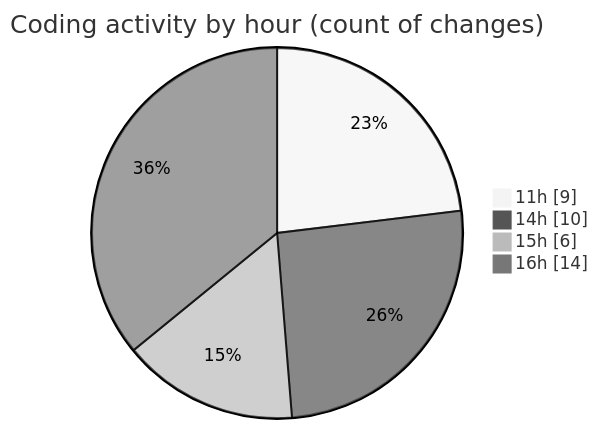
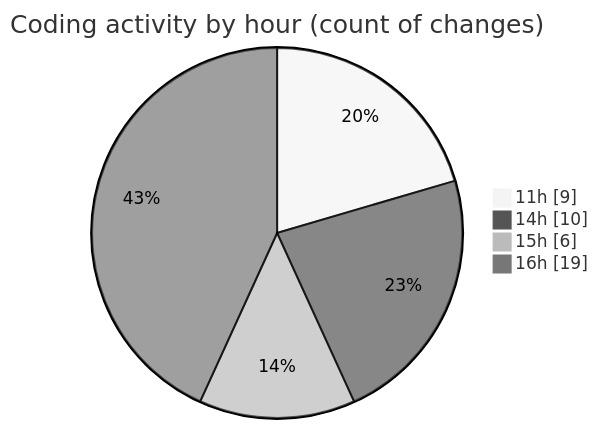
Before and after one commit to julien-gomy/code-tracking: the second of 2 diagrams in 2025-11-15/usr_aleoudev_fr__workspace_/README.md, drawn with Mermaid (neutral theme). The commit also changed other lines of this file and 1 other file, not shown here.

````diff
--- a/2025-11-15/usr_aleoudev_fr__workspace_/README.md
+++ b/2025-11-15/usr_aleoudev_fr__workspace_/README.md
@@ -37,8 +37,8 @@
 ```mermaid
 pie showData
 title Coding activity by hour (count of changes)
 "11h" : 9
 "14h" : 10
 "15h" : 6
-"16h" : 14
+"16h" : 19
 ```
````
